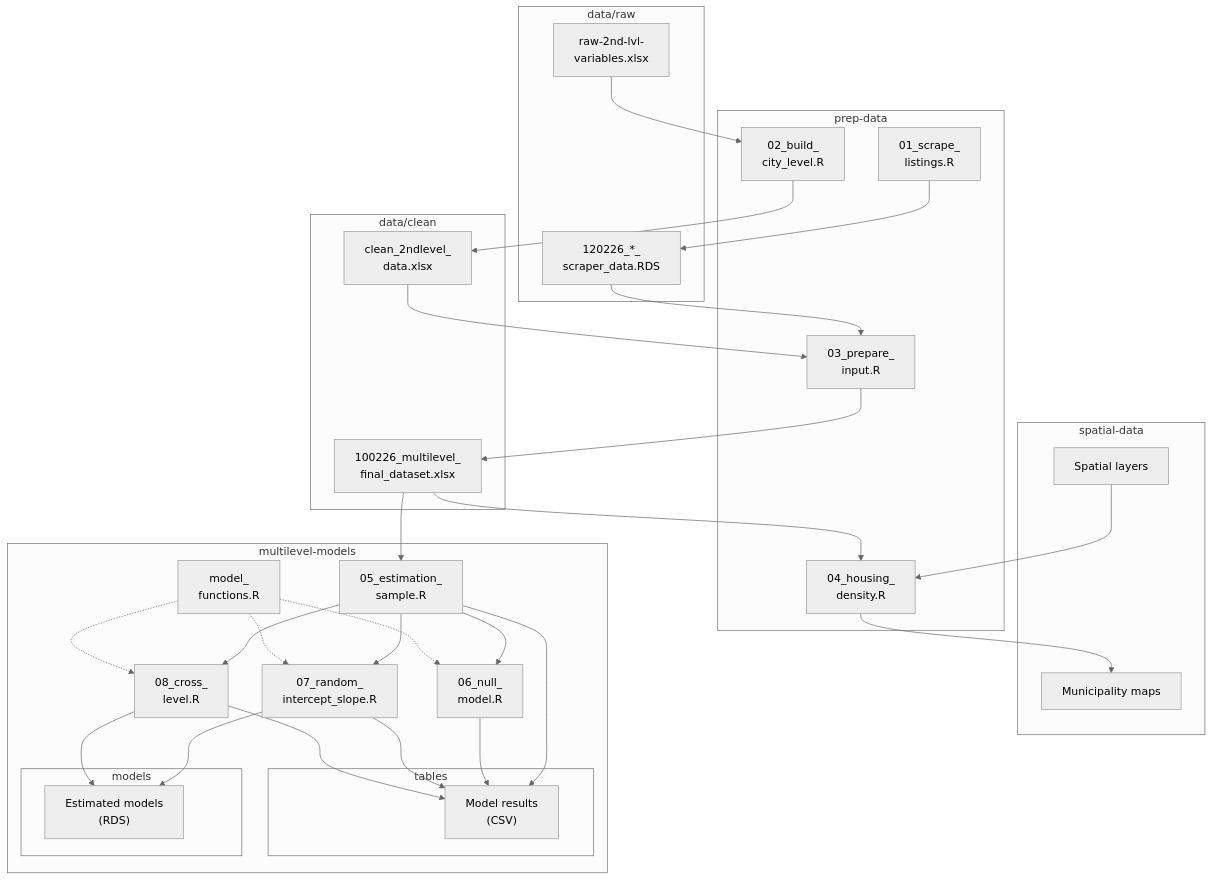
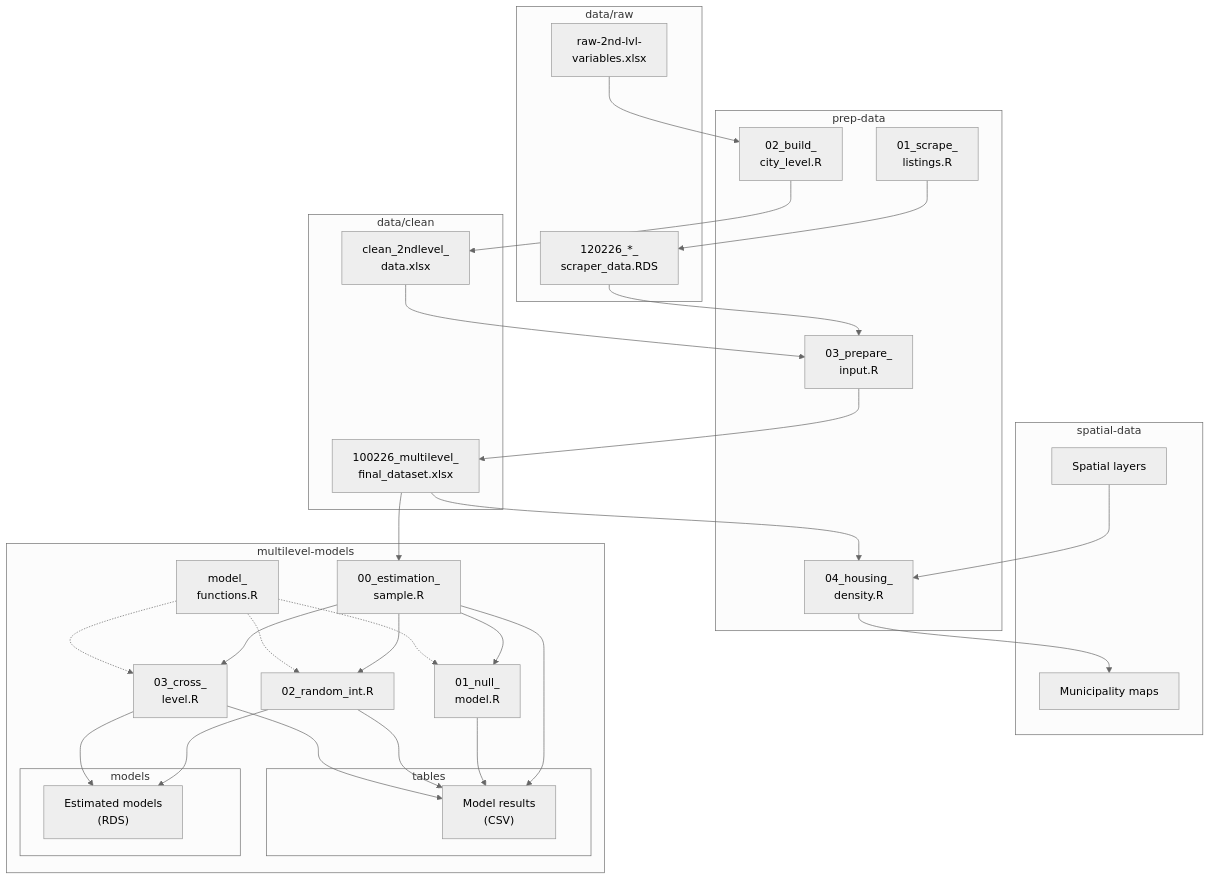
Before and after one commit to lea-puj/str-density-colombia: the diagram in README.md, drawn with Mermaid (neutral theme).

````diff
--- a/README.md
+++ b/README.md
@@ -6,51 +6,51 @@
 ```mermaid
 flowchart TB
   subgraph raw["data/raw"]
     A["120226_*_<br/>scraper_data.RDS"]
     B["raw-2nd-lvl-<br/>variables.xlsx"]
   end
 
   subgraph prep["prep-data"]
     S1["01_scrape_<br/>listings.R"]
     S2["02_build_<br/>city_level.R"]
     S3["03_prepare_<br/>input.R"]
     S4["04_housing_<br/>density.R"]
   end
 
   subgraph clean["data/clean"]
     C["clean_2ndlevel_<br/>data.xlsx"]
     D["100226_multilevel_<br/>final_dataset.xlsx"]
   end
 
   subgraph spatial["spatial-data"]
     L["Spatial layers"]
     M["Municipality maps"]
   end
 
   subgraph mm["multilevel-models"]
-    S5["05_estimation_<br/>sample.R"]
-    S6["06_null_<br/>model.R"]
-    S7["07_random_<br/>intercept_slope.R"]
-    S8["08_cross_<br/>level.R"]
+    S5["00_estimation_<br/>sample.R"]
+    S6["01_null_<br/>model.R"]
+    S7["02_random_int.R"]
+    S8["03_cross_<br/>level.R"]
     F["model_<br/>functions.R"]
 
     subgraph tab["tables"]
       T["Model results<br/>(CSV)"]
     end
 
     subgraph mod["models"]
       O["Estimated models<br/>(RDS)"]
     end
   end
 
   S1 --> A
   B --> S2 --> C
   A --> S3
   C --> S3 --> D
   D --> S4
   L --> S4 --> M
   D --> S5 --> S6 & S7 & S8
   F -.-> S6 & S7 & S8
   S5 & S6 & S7 & S8 --> T
   S7 & S8 --> O
 ```
````
